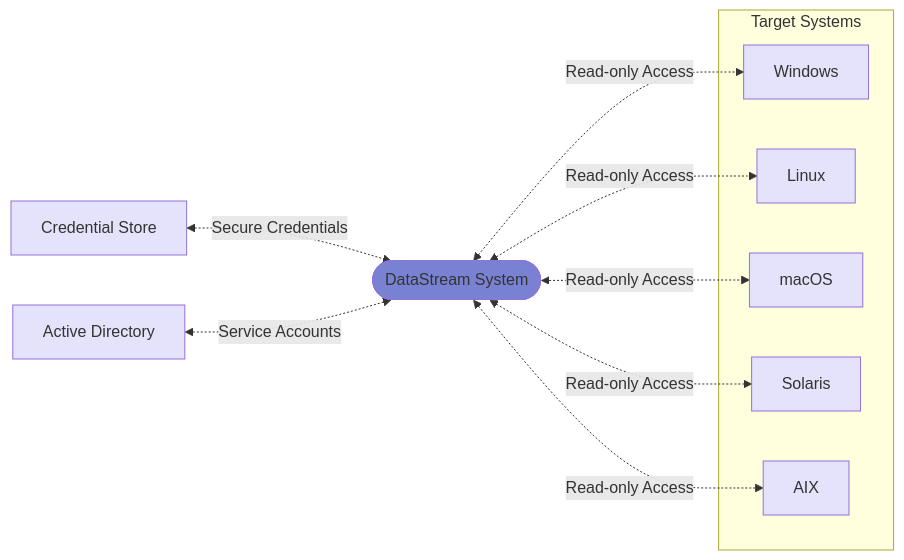
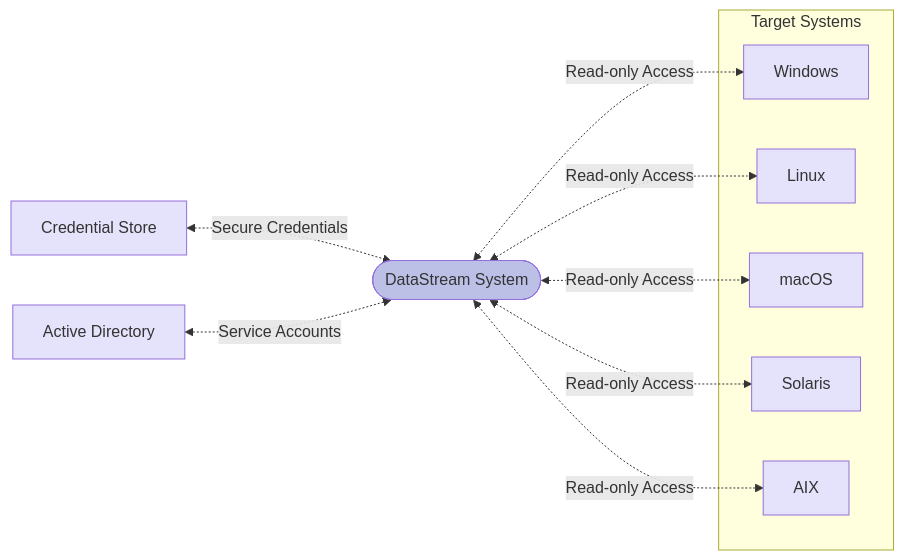
The first of 8 diagrams in docs/about/key-features.mdx (VirtualMetric/virtualmetric-docs), drawn with Mermaid before and after one commit. The commit also changed other lines of this file and 7 other files, not shown here.

````diff
--- a/docs/about/key-features.mdx
+++ b/docs/about/key-features.mdx
@@ -17,32 +17,32 @@
 ```mermaid
 graph LR
     DS([DataStream System])
     CS[Credential Store]
     AD[Active Directory]
     
     subgraph Target Systems
         W[Windows]
         L[Linux]
         M[macOS]
         S[Solaris]
         A[AIX]
     end
 
     CS <-.-> |Secure Credentials| DS
     AD <-.-> |Service Accounts| DS
     
     DS <-.-> |Read-only Access| W
     DS <-.-> |Read-only Access| L
     DS <-.-> |Read-only Access| M
     DS <-.-> |Read-only Access| S
     DS <-.-> |Read-only Access| A
 
-    style DS fill:#7982D2
+    style DS fill:#BCC0E7
     style CS fill:#E5E2FB
     style AD fill:#E5E2FB
     style W fill:#E5E2FB
     style L fill:#E5E2FB
     style M fill:#E5E2FB
     style S fill:#E5E2FB
     style A fill:#E5E2FB
 ```
````
